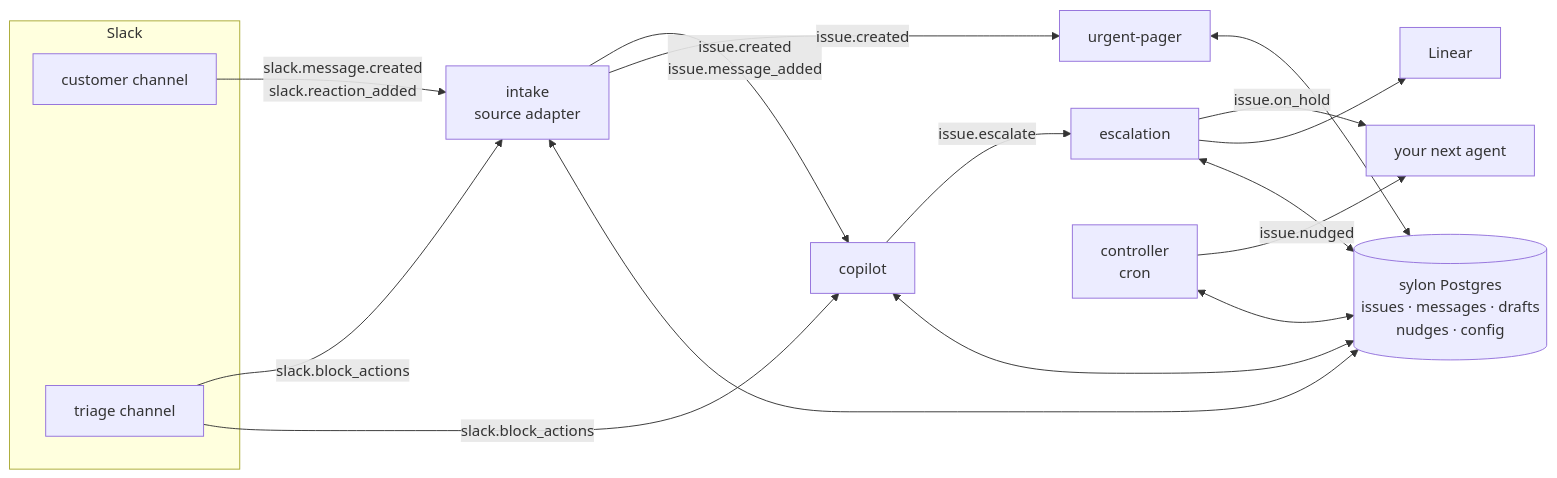
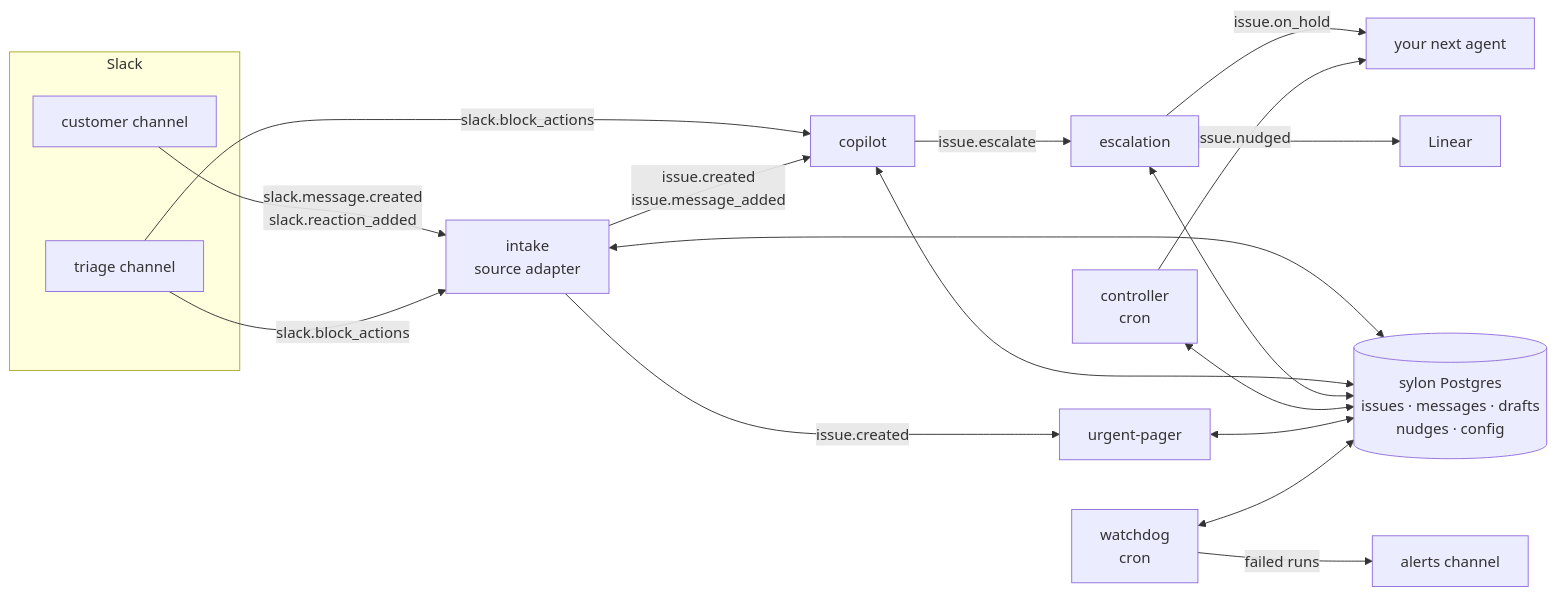
One commit to sapiom/sapiom-js changed the diagram in examples/sylon/README.md. Above: the diagram before and after it, drawn with Mermaid. The commit also changed other lines of this file and 14 other files, not shown here.

First line of the commit message:
feat(sylon): watchdog posts failed runs to Slack with what to do

````diff
--- a/examples/sylon/README.md
+++ b/examples/sylon/README.md
@@ -27,17 +27,18 @@
 ```mermaid
 flowchart LR
   subgraph Slack
     C[customer channel]
     T[triage channel]
   end
   C -- slack.message.created<br/>slack.reaction_added --> I[intake<br/>source adapter]
   T -- slack.block_actions --> I
   T -- slack.block_actions --> P[copilot]
   I -- issue.created<br/>issue.message_added --> P
   I -- issue.created --> U[urgent-pager]
   P -- issue.escalate --> E[escalation]
   E -- issue.on_hold --> F[your next agent]
   K[controller<br/>cron] -- issue.nudged --> F
   E --> L[Linear]
-  I & P & E & K & U <--> DB[(sylon Postgres<br/>issues · messages · drafts<br/>nudges · config)]
+  W[watchdog<br/>cron] -- failed runs --> A[alerts channel]
+  I & P & E & K & U & W <--> DB[(sylon Postgres<br/>issues · messages · drafts<br/>nudges · config)]
 ```
````
